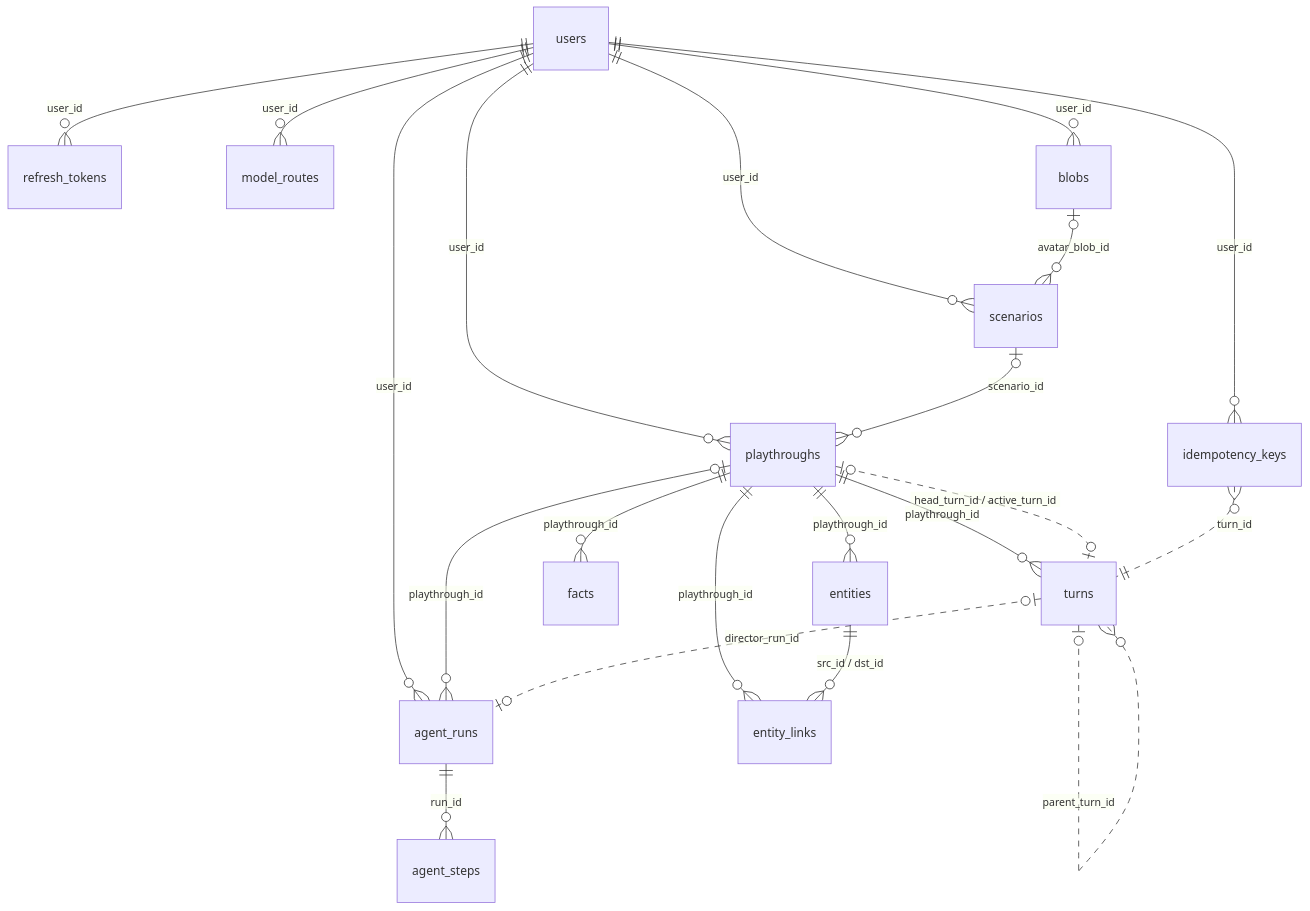
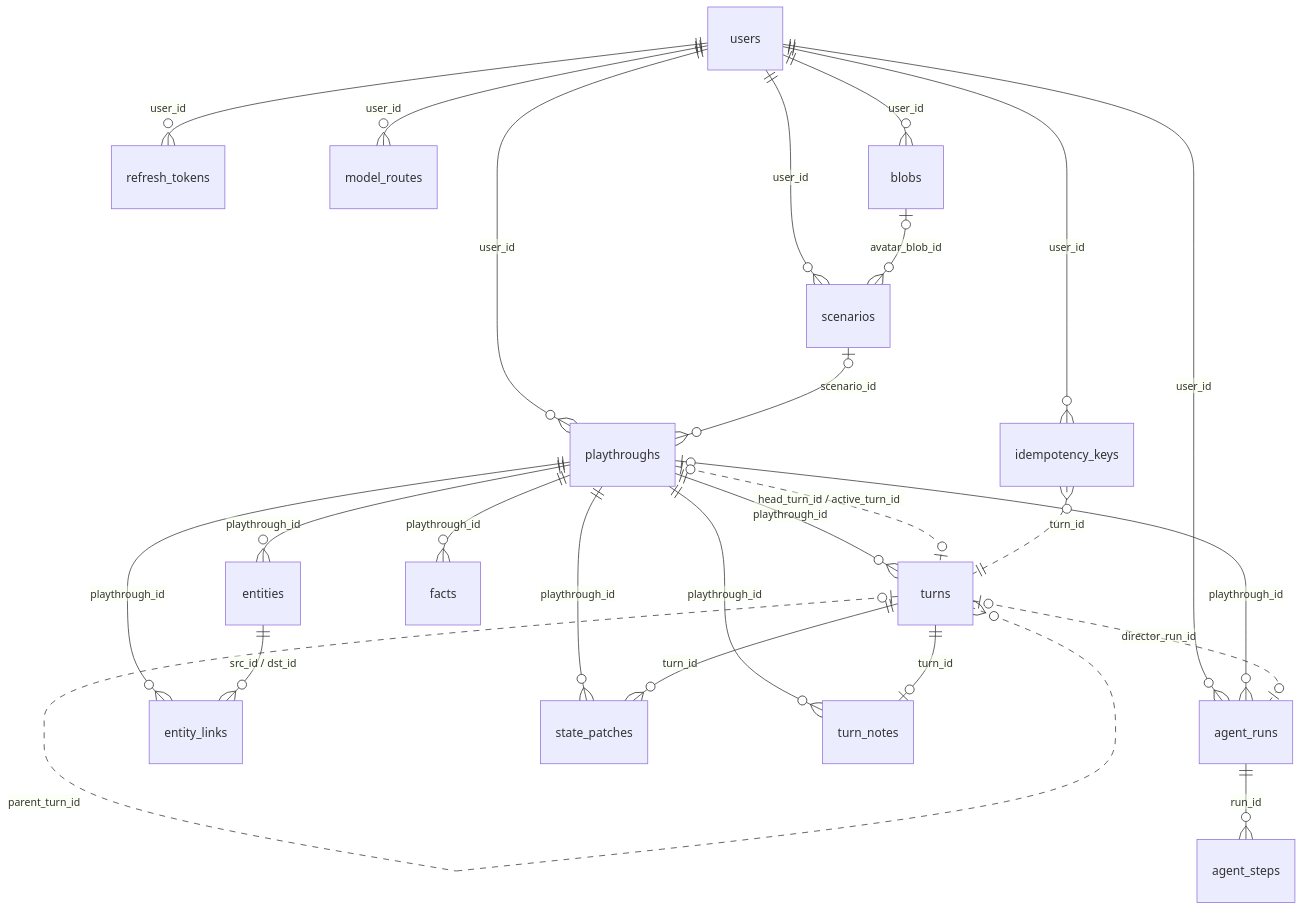
Before and after one commit to Hexthebaldy/BetterTavern: the diagram in docs/data-model/README.md, drawn with Mermaid. The commit also changed other lines of this file and 123 other files, not shown here.

````diff
--- a/docs/data-model/README.md
+++ b/docs/data-model/README.md
@@ -44,23 +44,27 @@
 ```mermaid
 erDiagram
     users ||--o{ refresh_tokens : "user_id"
     users ||--o{ model_routes : "user_id"
     users ||--o{ blobs : "user_id"
     users ||--o{ scenarios : "user_id"
     users ||--o{ playthroughs : "user_id"
     users ||--o{ agent_runs : "user_id"
     users ||--o{ idempotency_keys : "user_id"
     blobs |o--o{ scenarios : "avatar_blob_id"
     scenarios |o--o{ playthroughs : "scenario_id"
     playthroughs ||--o{ turns : "playthrough_id"
     playthroughs ||--o{ entities : "playthrough_id"
     playthroughs ||--o{ entity_links : "playthrough_id"
     playthroughs ||--o{ facts : "playthrough_id"
     playthroughs |o--o{ agent_runs : "playthrough_id"
+    playthroughs ||--o{ state_patches : "playthrough_id"
+    playthroughs ||--o{ turn_notes : "playthrough_id"
+    turns ||--o{ state_patches : "turn_id"
+    turns ||--o| turn_notes : "turn_id"
     agent_runs ||--o{ agent_steps : "run_id"
     entities ||--o{ entity_links : "src_id / dst_id"
     playthroughs |o..o| turns : "head_turn_id / active_turn_id"
     turns |o..o{ turns : "parent_turn_id"
     turns |o..o| agent_runs : "director_run_id"
     idempotency_keys }o..|| turns : "turn_id"
 ```
````
